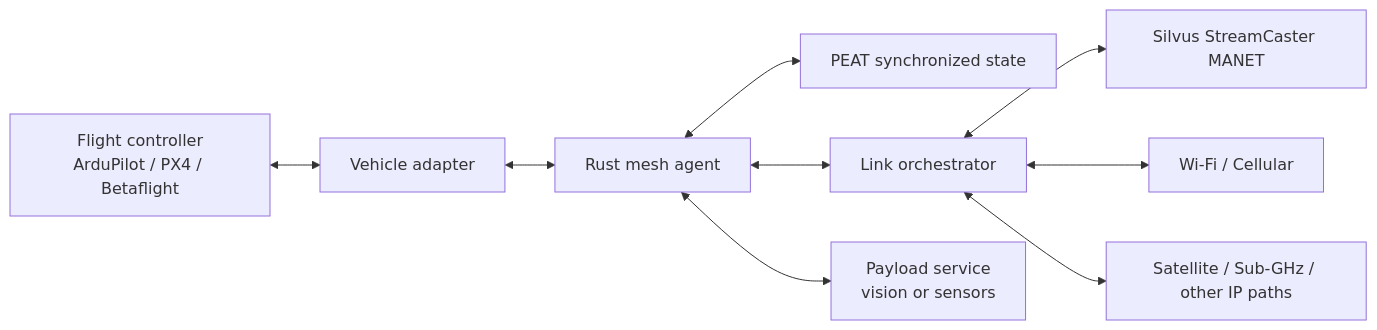
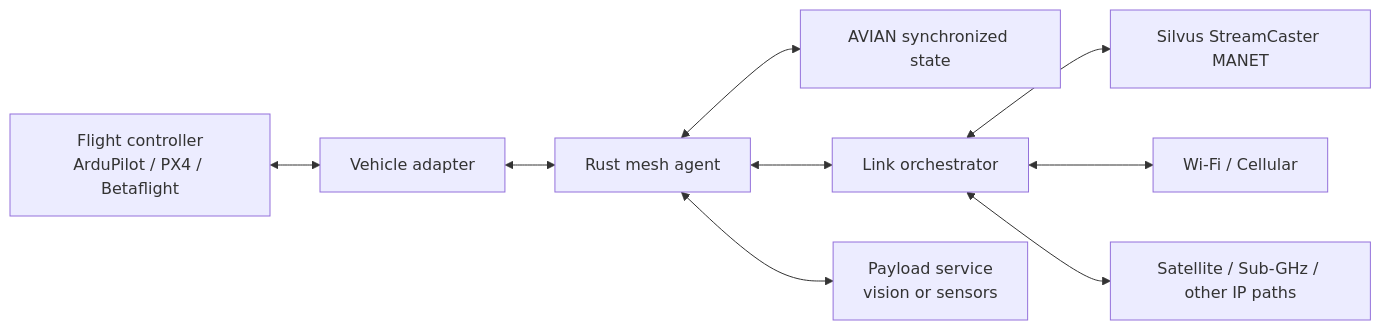
One commit to andrewodom18/AVIAN changed the diagram in docs/architecture.md. Above: the diagram before and after it, drawn with Mermaid. The commit also changed other lines of this file and 71 other files, not shown here.

````diff
--- a/docs/architecture.md
+++ b/docs/architecture.md
@@ -9,11 +9,11 @@
 ```mermaid
 flowchart LR
     FC["Flight controller\nArduPilot / PX4 / Betaflight"] <--> VA["Vehicle adapter"]
     VA <--> MA["Rust mesh agent"]
-    MA <--> PEAT["PEAT synchronized state"]
+    MA <--> AVIAN["AVIAN synchronized state"]
     MA <--> LO["Link orchestrator"]
     LO <--> R1["Silvus StreamCaster MANET"]
     LO <--> R2["Wi-Fi / Cellular"]
     LO <--> R3["Satellite / Sub-GHz / other IP paths"]
     MA <--> PS["Payload service\nvision or sensors"]
 ```
````
